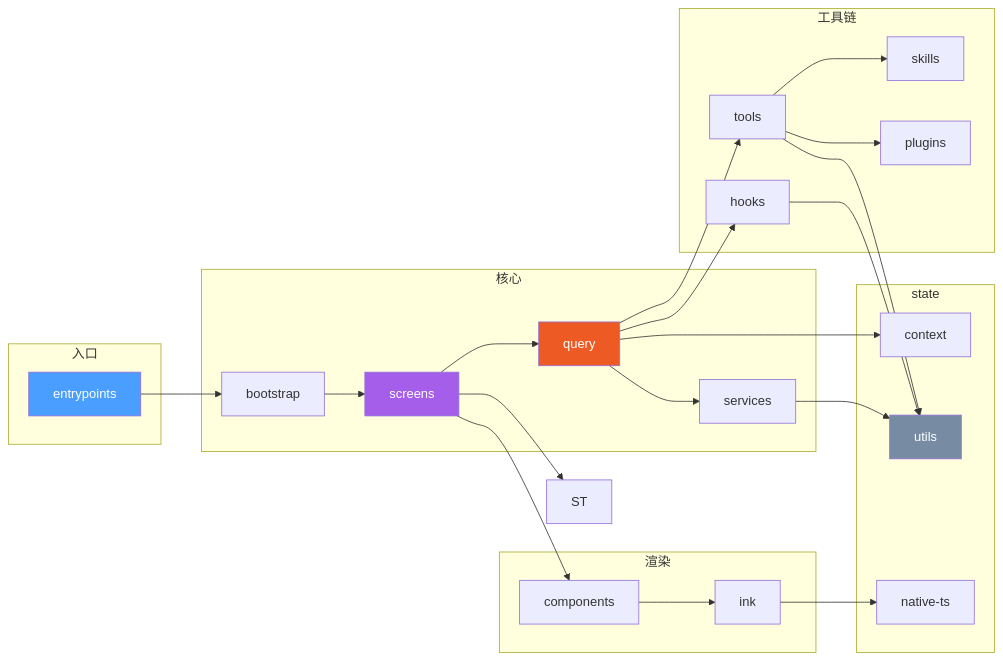
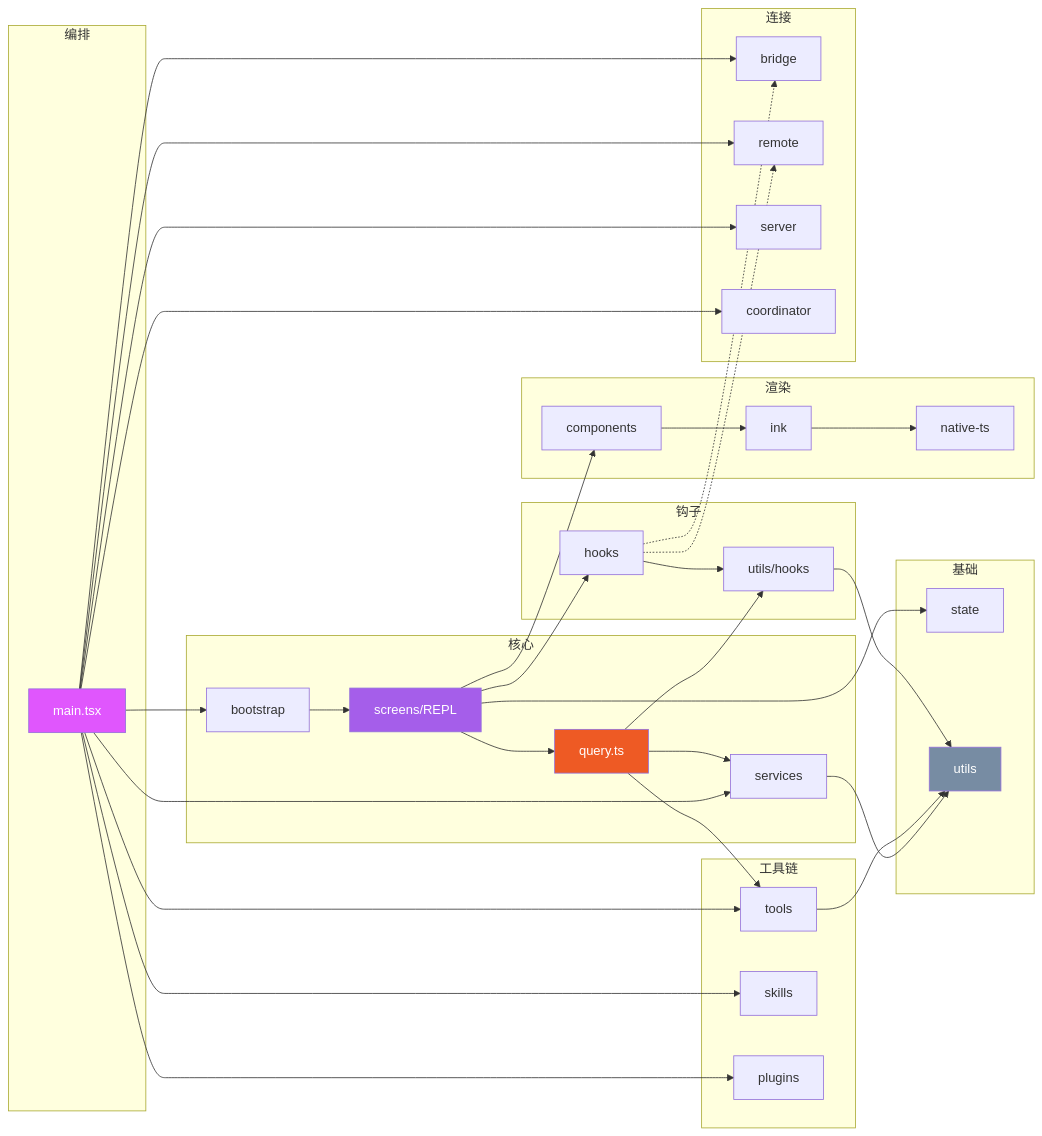
Before and after one commit to day0n/analysis-claude-code: the fourth of 5 diagrams in 00-项目总览.md, drawn with Mermaid. The commit also changed other lines of this file and 9 other files, not shown here.

First line of the commit message:
fix: rewrite architecture diagrams based on verified import analysis

````diff
--- a/00-项目总览.md
+++ b/00-项目总览.md
@@ -195,53 +279,78 @@
 ```mermaid
 graph LR
-    subgraph 入口
-        E[entrypoints]
+    subgraph 编排
+        M[main.tsx]
     end
 
     subgraph 核心
         B[bootstrap]
-        SC[screens]
-        Q[query]
+        SC[screens/REPL]
+        Q[query.ts]
         SV[services]
     end
 
     subgraph 工具链
         TL[tools]
         SK[skills]
         PL[plugins]
-        HK[hooks]
+    end
+
+    subgraph 钩子
+        RH[hooks]
+        EH[utils/hooks]
     end
 
     subgraph 渲染
         CP[components]
         IK[ink]
-    end
-
-    subgraph 基    ST[state]
-        CT[context]
-        UT[utils]
         NT[native-ts]
     end
 
-    E --> B
+    subgraph 基础
+        ST[state]
+        UT[utils]
+    end
+
+    subgraph 连接
+        BR[bridge]
+        RM[remote]
+        SRV[server]
+        CO[coordinator]
+    end
+
+    M --> B
+    M --> SV
+    M --> TL
+    M --> SK
+    M --> PL
+    M --> BR
+    M --> SRV
+    M --> CO
+    M --> RM
+
     B --> SC
     SC --> Q
     SC --> CP
-    CP --> IK
+    SC --> RH
+    SC --> ST
+
     Q --> SV
     Q --> TL
-    Q --> HK
-    TL --> SK
-    TL --> PL
-    SC --> ST
-    Q --> CT
+    Q --> EH
+
+    CP --> IK
+    IK --> NT
+
+    RH --> EH
+    RH -.-> BR
+    RH -.-> RM
+
     SV --> UT
     TL --> UT
-    IK --> NT
-    HK --> UT
+    EH --> UT
 
-    style E fill:#4a9eff,color:#fff
+    style M fill:#e056fd,color:#fff
     style Q fill:#ee5a24,color:#fff
     style SC fill:#a55eea,color:#fff
     style UT fill:#778ca3,color:#fff
 ```
````
